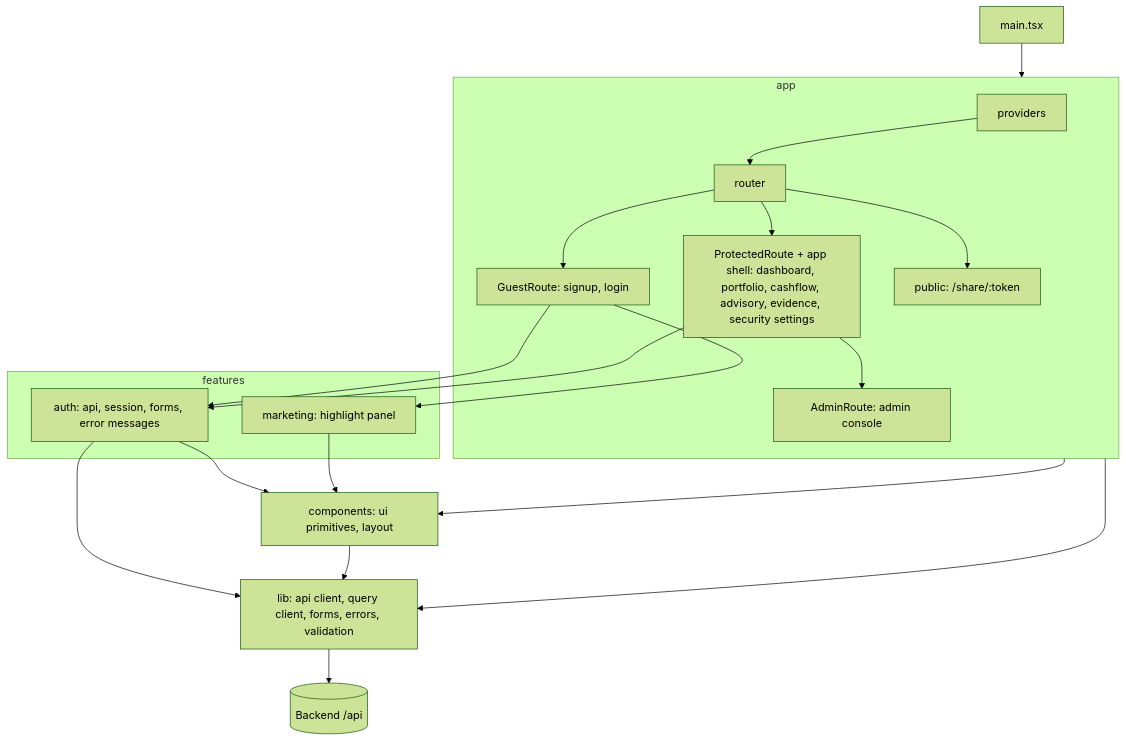
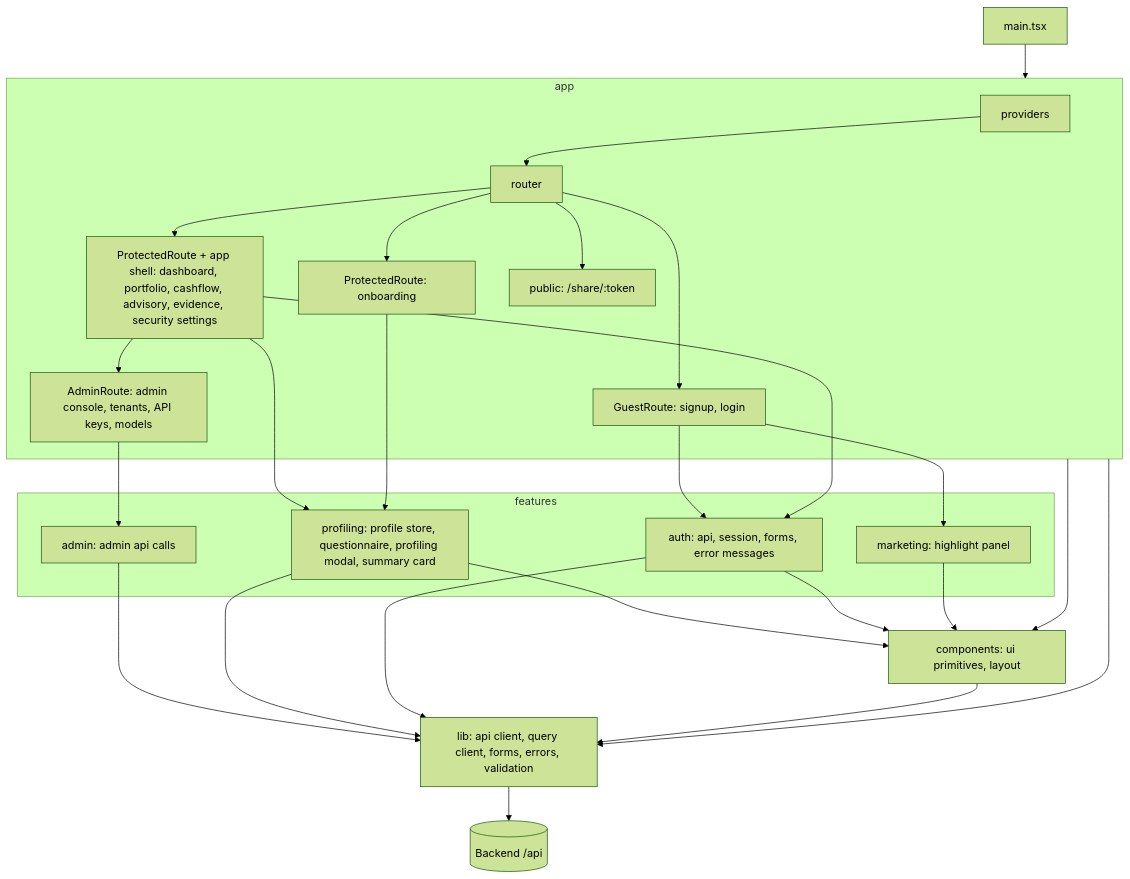
The diagram in docs/architecture/c3-frontend.md (Nikhil-Mundhra/Wealth-Advisor), drawn with Mermaid (forest theme) before and after one commit. The commit also changed other lines of this file and 22 other files, not shown here.

First line of the commit message:
docs: sync collections, errors, API routes and architecture with the code

````diff
--- a/docs/architecture/c3-frontend.md
+++ b/docs/architecture/c3-frontend.md
@@ -4,25 +4,34 @@
 ```mermaid
 flowchart TB
   main[main.tsx] --> app
   subgraph app[app]
     providers[providers] --> router[router]
     router --> guest[GuestRoute: signup, login]
+    router --> onboarding[ProtectedRoute: onboarding]
     router --> protected[ProtectedRoute + app shell: dashboard, portfolio, cashflow, advisory, evidence, security settings]
-    protected --> admin[AdminRoute: admin console]
+    protected --> adminroute[AdminRoute: admin console, tenants, API keys, models]
     router --> share[public: /share/:token]
   end
   subgraph features[features]
     auth[auth: api, session, forms, error messages]
     marketing[marketing: highlight panel]
+    adminfeat[admin: admin api calls]
+    profiling[profiling: profile store, questionnaire, profiling modal, summary card]
   end
   guest --> auth
   guest --> marketing
   protected --> auth
+  protected --> profiling
+  onboarding --> profiling
+  adminroute --> adminfeat
+  adminfeat --> lib
+  profiling --> ui
+  profiling --> lib
   app --> ui
   app --> lib
   auth --> ui[components: ui primitives, layout]
   marketing --> ui
   auth --> lib[lib: api client, query client, forms, errors, validation]
   ui --> lib
   lib --> api[(Backend /api)]
 ```
````
